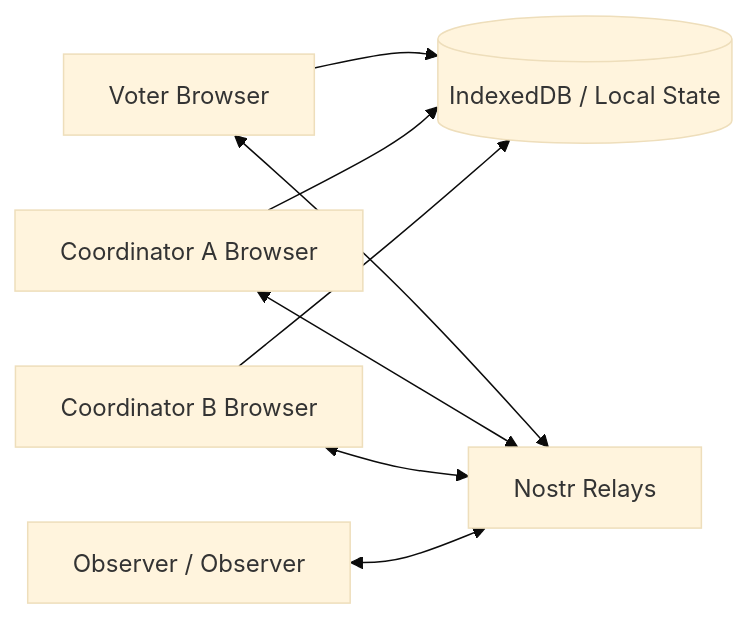
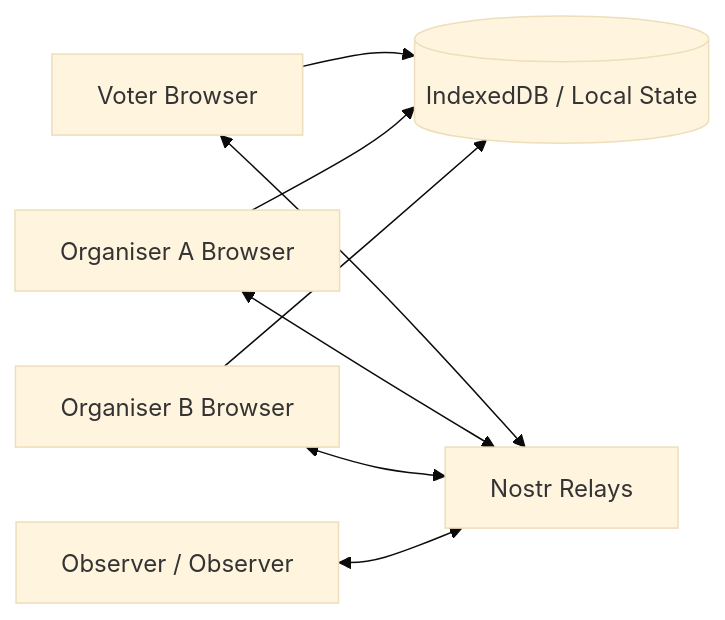
One commit to tidley/auditable-voting changed the first of 8 diagrams in docs/technical-protocol-note.md. Above: the diagram before and after it, drawn with Mermaid (base theme). The commit also changed other lines of this file and 35 other files, not shown here.

````diff
--- a/docs/technical-protocol-note.md
+++ b/docs/technical-protocol-note.md
@@ -193,18 +193,18 @@
 ```mermaid
 flowchart LR
   V[Voter Browser]
-  C1[Coordinator A Browser]
-  C2[Coordinator B Browser]
+  C1[Organiser A Browser]
+  C2[Organiser B Browser]
   N[Nostr Relays]
   O[Observer / Observer]
   B[(IndexedDB / Local State)]
 
   V --> B
   C1 --> B
   C2 --> B
 
   V <--> N
   C1 <--> N
   C2 <--> N
   O <--> N
 ```
````
